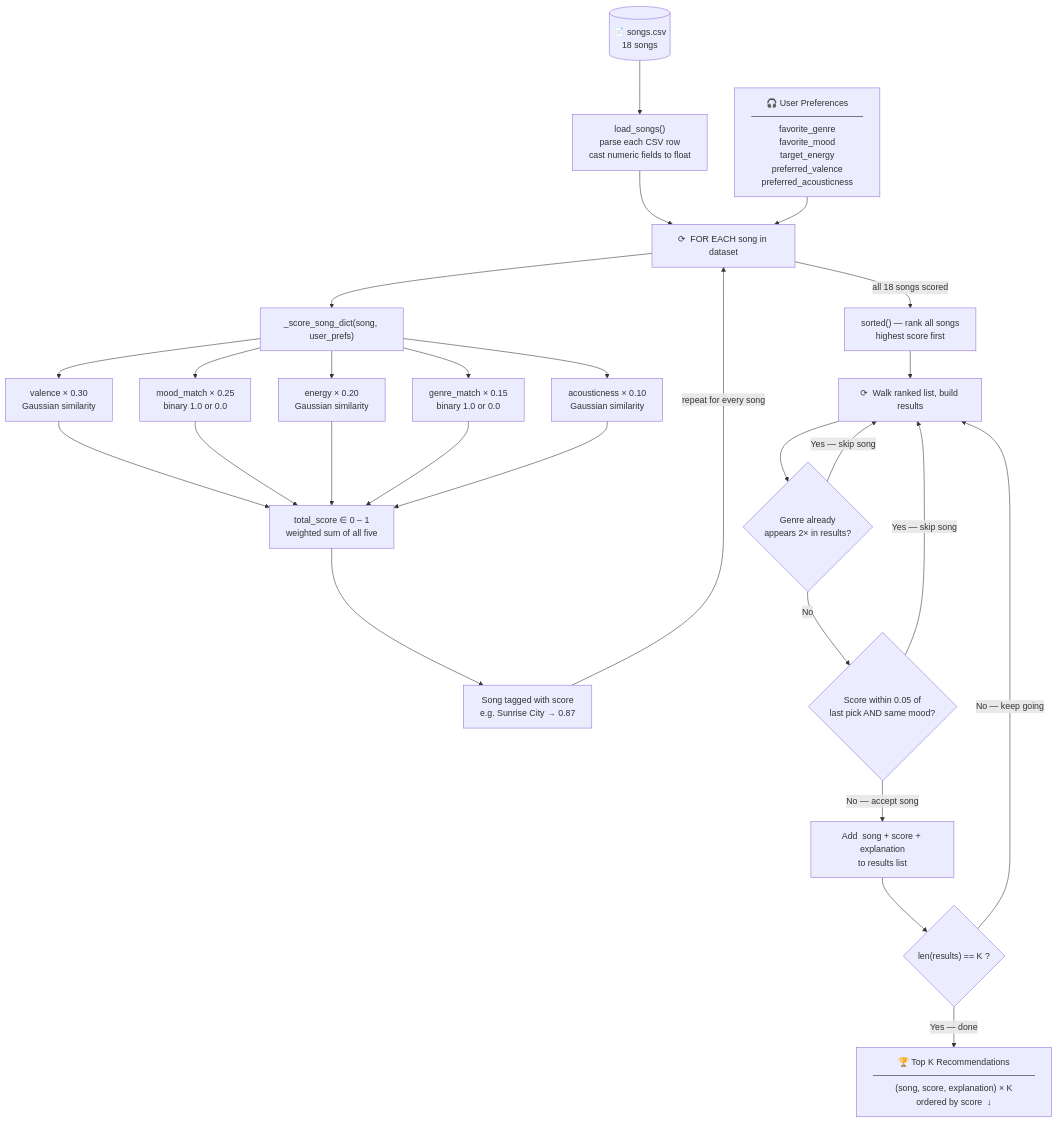
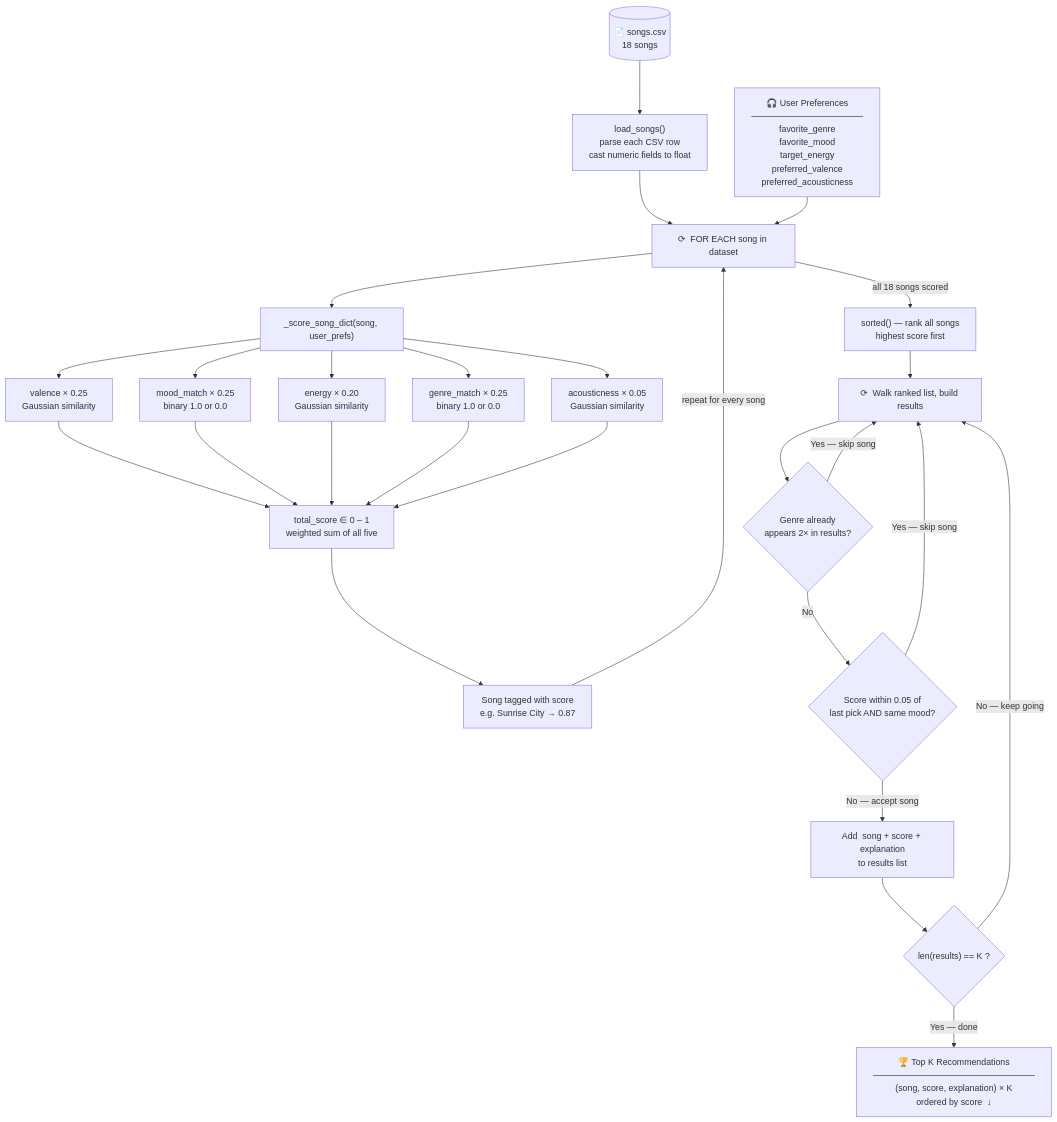
Before and after one commit to Joanachoong/applied-aI-system-music-recommendation-system: the diagram in README.md, drawn with Mermaid. The commit also changed other lines of this file and 5 other files, not shown here.

````diff
--- a/README.md
+++ b/README.md
@@ -104,47 +104,47 @@
 ```mermaid
 flowchart TD
     %% ── INPUTS ──────────────────────────────────────────────
     A["🎧 User Preferences\n──────────────────\nfavorite_genre\nfavorite_mood\ntarget_energy\npreferred_valence\npreferred_acousticness"]
 
     B[("📄 songs.csv\n18 songs")]
 
     %% ── LOAD ────────────────────────────────────────────────
     B --> C["load_songs()\nparse each CSV row\ncast numeric fields to float"]
 
     %% ── SCORING LOOP ────────────────────────────────────────
     C --> D["⟳  FOR EACH song in dataset"]
     A --> D
 
     D --> E["_score_song_dict(song, user_prefs)"]
 
-    E --> E1["valence × 0.30\nGaussian similarity"]
+    E --> E1["valence × 0.25\nGaussian similarity"]
     E --> E2["mood_match × 0.25\nbinary  1.0 or 0.0"]
     E --> E3["energy × 0.20\nGaussian similarity"]
-    E --> E4["genre_match × 0.15\nbinary  1.0 or 0.0"]
-    E --> E5["acousticness × 0.10\nGaussian similarity"]
+    E --> E4["genre_match × 0.25\nbinary  1.0 or 0.0"]
+    E --> E5["acousticness × 0.05\nGaussian similarity"]
 
     E1 & E2 & E3 & E4 & E5 --> F["total_score  ∈  0 – 1\nweighted sum of all five"]
 
     F --> G["Song tagged with score\ne.g. Sunrise City → 0.87"]
 
     G -->|"repeat for every song"| D
 
     %% ── SORT ────────────────────────────────────────────────
     D -->|"all 18 songs scored"| H["sorted() — rank all songs\nhighest score first"]
 
     %% ── DIVERSITY FILTER LOOP ───────────────────────────────
     H --> I["⟳  Walk ranked list, build results"]
 
     I --> J{"Genre already\nappears 2× in results?"}
     J -->|"Yes — skip song"| I
     J -->|"No"| K{"Score within 0.05 of\nlast pick AND same mood?"}
     K -->|"Yes — skip song"| I
     K -->|"No — accept song"| L["Add  song + score + explanation\nto results list"]
 
     L --> M{"len(results) == K ?"}
     M -->|"No — keep going"| I
     M -->|"Yes — done"| N
 
     %% ── OUTPUT ──────────────────────────────────────────────
     N["🏆 Top K Recommendations\n──────────────────────────\n(song, score, explanation) × K\nordered by score  ↓"]
 ```
````
